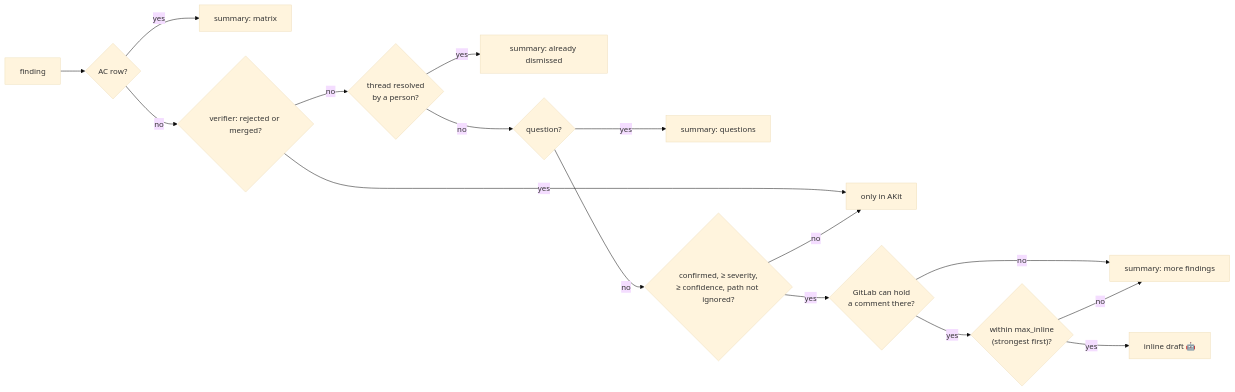
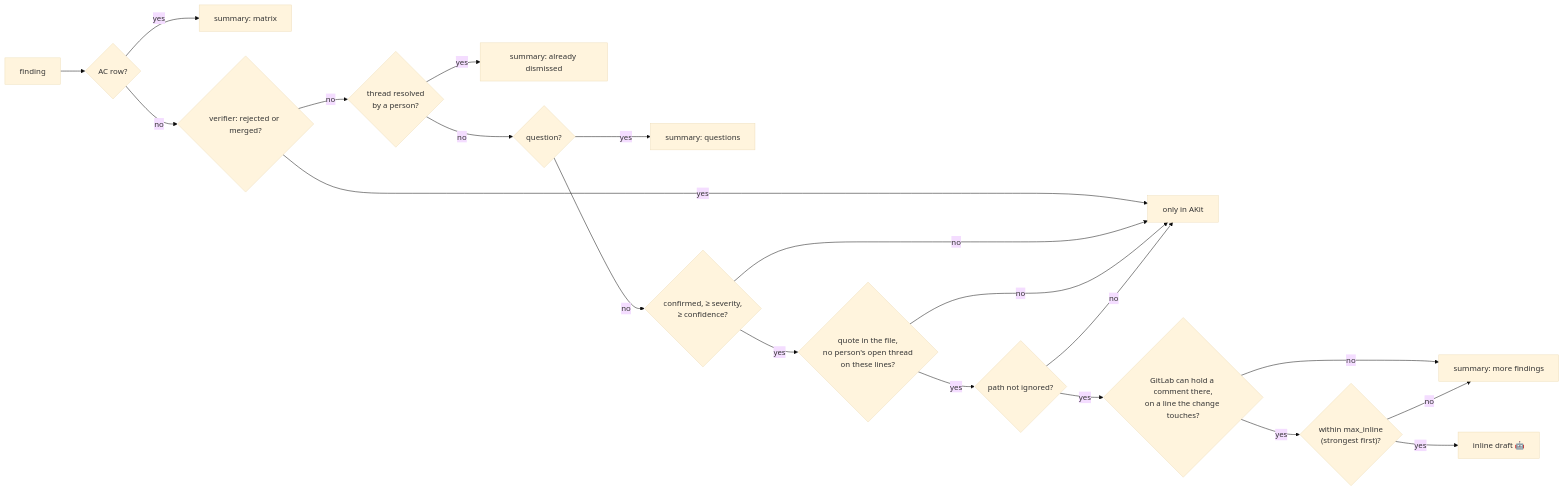
One commit to Stanislavussov/akit changed the second of 2 diagrams in docs/design/review.md. Above: the diagram before and after it, drawn with Mermaid (base theme). The commit also changed other lines of this file and 19 other files, not shown here.

````diff
--- a/docs/design/review.md
+++ b/docs/design/review.md
@@ -383,18 +385,22 @@
 ```mermaid
 flowchart LR
     X["finding"] --> AC{"AC row?"}
     AC -- "yes" --> M["summary: matrix"]
     AC -- "no" --> RJ{"verifier: rejected or merged?"}
     RJ -- "yes" --> O["only in AKit"]
     RJ -- "no" --> RS{"thread resolved<br/>by a person?"}
     RS -- "yes" --> D["summary: already dismissed"]
     RS -- "no" --> QU{"question?"}
     QU -- "yes" --> QS["summary: questions"]
-    QU -- "no" --> TH{"confirmed, ≥ severity,<br/>≥ confidence, path not ignored?"}
+    QU -- "no" --> TH{"confirmed, ≥ severity,<br/>≥ confidence?"}
     TH -- "no" --> O
-    TH -- "yes" --> POS{"GitLab can hold<br/>a comment there?"}
+    TH -- "yes" --> EV{"quote in the file,<br/>no person's open thread<br/>on these lines?"}
+    EV -- "no" --> O
+    EV -- "yes" --> IG{"path not ignored?"}
+    IG -- "no" --> O
+    IG -- "yes" --> POS{"GitLab can hold a comment there,<br/>on a line the change touches?"}
     POS -- "no" --> MF["summary: more findings"]
     POS -- "yes" --> CAP{"within max_inline<br/>(strongest first)?"}
     CAP -- "yes" --> IN["inline draft 🤖"]
     CAP -- "no" --> MF
 ```
````
